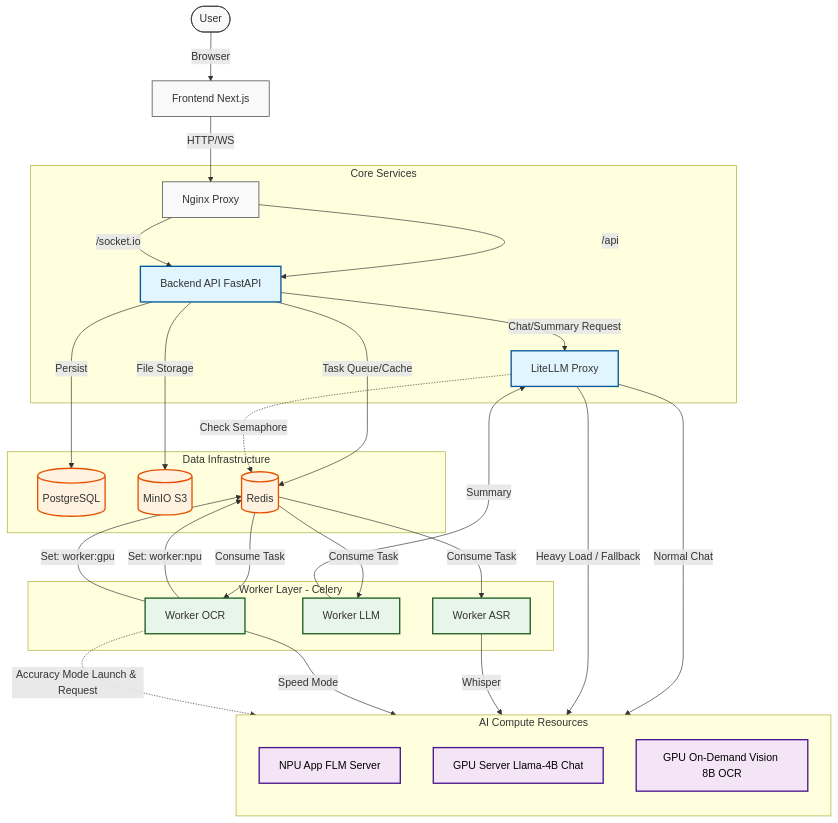
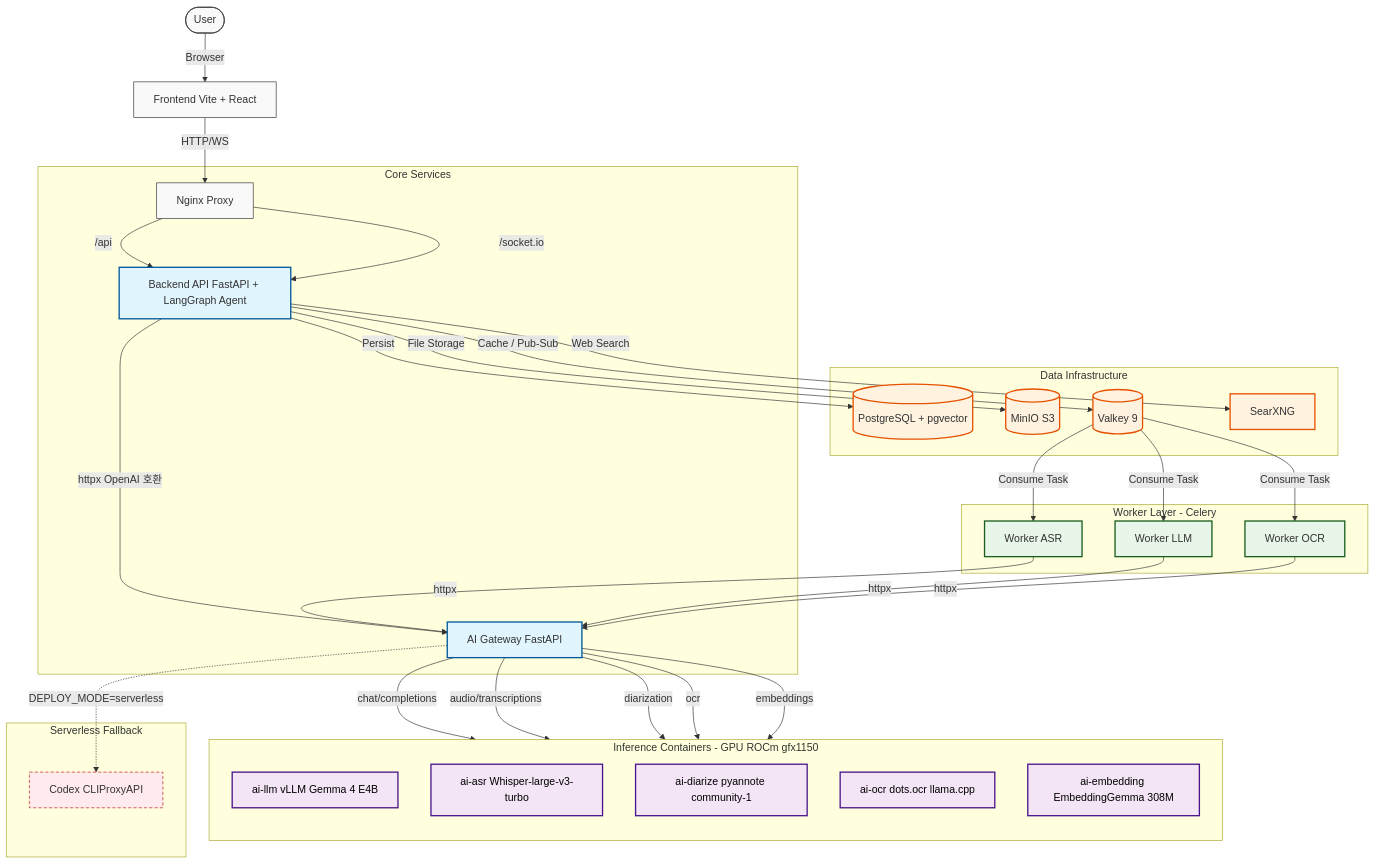
One commit to belucent0/inuself changed the diagram in ARCHITECTURE.md. Above: the diagram before and after it, drawn with Mermaid. The commit also changed other lines of this file and 5 other files, not shown here.

First line of the commit message:
chore(cleanup): PM2/Provider Manager 시기 잔재 일소 (scripts + ARCHITECTURE.md)

````diff
--- a/ARCHITECTURE.md
+++ b/ARCHITECTURE.md
@@ -5,69 +6,68 @@
 ```mermaid
 flowchart TD
     %% 사용자 및 프론트엔드
-    User([User]) -->|Browser| Frontend[Frontend Next.js]
+    User([User]) -->|Browser| Frontend[Frontend Vite + React]
     Frontend -->|HTTP/WS| Nginx[Nginx Proxy]
 
     %% 백엔드 및 코어 서비스
     subgraph Core_Services [Core Services]
-        Nginx -->|/api| Backend[Backend API FastAPI]
+        Nginx -->|/api| Backend[Backend API FastAPI + LangGraph Agent]
         Nginx -->|/socket.io| Backend
-        Backend -->|Chat/Summary Request| LiteLLM[LiteLLM Proxy]
+        Backend -->|httpx OpenAI 호환| AIGW[AI Gateway FastAPI]
     end
 
     %% 데이터 인프라
     subgraph Data_Layer [Data Infrastructure]
-        Backend -->|Persist| DB[(PostgreSQL)]
+        Backend -->|Persist| DB[(PostgreSQL + pgvector)]
         Backend -->|File Storage| S3[(MinIO S3)]
-        Backend -->|Task Queue/Cache| Redis[(Redis)]
-        LiteLLM -.->|Check Semaphore| Redis
+        Backend -->|Cache / Pub-Sub| Redis[(Valkey 9)]
+        Backend -->|Web Search| SearXNG[SearXNG]
     end
 
     %% 워커 (비동기 처리)
     subgraph Worker_Layer [Worker Layer - Celery]
         Redis -->|Consume Task| W_ASR[Worker ASR]
         Redis -->|Consume Task| W_LLM[Worker LLM]
         Redis -->|Consume Task| W_OCR[Worker OCR]
+        W_ASR -->|httpx| AIGW
+        W_LLM -->|httpx| AIGW
+        W_OCR -->|httpx| AIGW
     end
 
-    %% 컴퓨팅/모델 리소스
-    subgraph Compute_Resources [AI Compute Resources]
+    %% 추론 컨테이너 (ai-* prefix, 모두 ROCm)
+    subgraph Inference_Containers [Inference Containers - GPU ROCm gfx1150]
         direction TB
-        
-        %% NPU 섹션
-        NPU_APP[NPU App FLM Server]
-        
-        %% GPU 섹션 (PM2)
-        GPU_Default[GPU Server Llama-4B Chat]
-        
-        %% On-Demand 섹션
-        GPU_OnDemand[GPU On-Demand Vision 8B OCR]
+        AI_LLM[ai-llm vLLM Gemma 4 E4B]
+        AI_ASR[ai-asr Whisper-large-v3-turbo]
+        AI_DIARIZE[ai-diarize pyannote community-1]
+        AI_OCR[ai-ocr dots.ocr llama.cpp]
+        AI_EMBED[ai-embedding EmbeddingGemma 308M]
     end
 
-    %% 서비스 연동 관계
-    LiteLLM -->|Normal Chat| NPU_APP
-    LiteLLM -->|Heavy Load / Fallback| GPU_Default
-    
-    W_ASR -->|Whisper| GPU_Default
-    W_LLM -->|Summary| LiteLLM
-    
-    %% OCR 워커의 동적 처리
-    W_OCR -->|Speed Mode| NPU_APP
-    W_OCR -.->|Accuracy Mode Launch & Request| GPU_OnDemand
-    
-    %% 세마포어 로직
-    W_OCR -- Set: worker:npu --> Redis
-    W_OCR -- Set: worker:gpu --> Redis
+    %% Serverless 폴백
+    subgraph Serverless_Fallback [Serverless Fallback]
+        Codex[Codex CLIProxyAPI]
+    end
+
+    %% AI Gateway → 추론 컨테이너
+    AIGW -->|chat/completions| AI_LLM
+    AIGW -->|audio/transcriptions| AI_ASR
+    AIGW -->|diarization| AI_DIARIZE
+    AIGW -->|ocr| AI_OCR
+    AIGW -->|embeddings| AI_EMBED
+    AIGW -.->|DEPLOY_MODE=serverless| Codex
 
     %% 스타일링
     classDef default fill:#f9f9f9,stroke:#333,stroke-width:1px;
     classDef core fill:#e1f5fe,stroke:#01579b,stroke-width:2px;
     classDef data fill:#fff3e0,stroke:#e65100,stroke-width:2px;
     classDef worker fill:#e8f5e9,stroke:#1b5e20,stroke-width:2px;
     classDef compute fill:#f3e5f5,stroke:#4a148c,stroke-width:2px,color:#000;
-    
-    class Backend,LiteLLM core;
-    class DB,S3,Redis data;
+    classDef fallback fill:#ffebee,stroke:#b71c1c,stroke-width:1px,stroke-dasharray:5 3;
+
+    class Backend,AIGW core;
+    class DB,S3,Redis,SearXNG data;
     class W_ASR,W_LLM,W_OCR worker;
-    class NPU_APP,GPU_Default,GPU_OnDemand compute;
+    class AI_LLM,AI_ASR,AI_DIARIZE,AI_OCR,AI_EMBED compute;
+    class Codex fallback;
 ```
````
